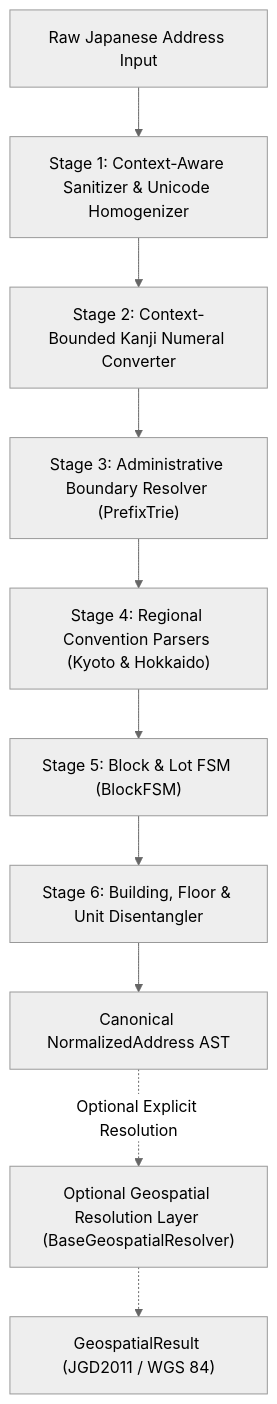
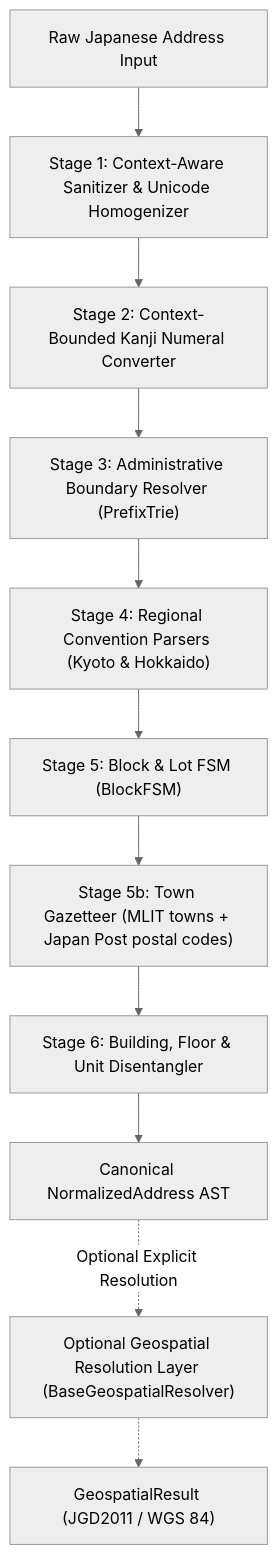
Before and after one commit to SushilRaj0177/JADEN: the diagram in README.md, drawn with Mermaid (neutral theme). The commit also changed other lines of this file and 12 other files, not shown here.

````diff
--- a/README.md
+++ b/README.md
@@ -84,12 +109,13 @@
 ```mermaid
 flowchart TD
     A["Raw Japanese Address Input"] --> B["Stage 1: Context-Aware Sanitizer & Unicode Homogenizer"]
     B --> C["Stage 2: Context-Bounded Kanji Numeral Converter"]
     C --> D["Stage 3: Administrative Boundary Resolver (PrefixTrie)"]
     D --> E["Stage 4: Regional Convention Parsers (Kyoto & Hokkaido)"]
     E --> F["Stage 5: Block & Lot FSM (BlockFSM)"]
-    F --> G["Stage 6: Building, Floor & Unit Disentangler"]
+    F --> F2["Stage 5b: Town Gazetteer (MLIT towns + Japan Post postal codes)"]
+    F2 --> G["Stage 6: Building, Floor & Unit Disentangler"]
     G --> H["Canonical NormalizedAddress AST"]
     H -.->|Optional Explicit Resolution| I["Optional Geospatial Resolution Layer (BaseGeospatialResolver)"]
     I -.-> J["GeospatialResult (JGD2011 / WGS 84)"]
 ```
````
